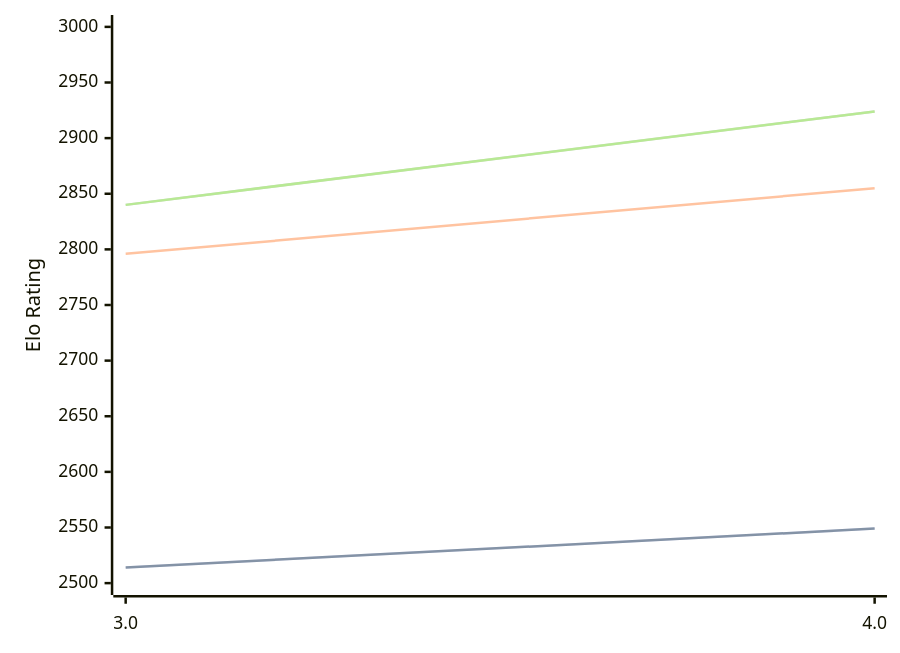
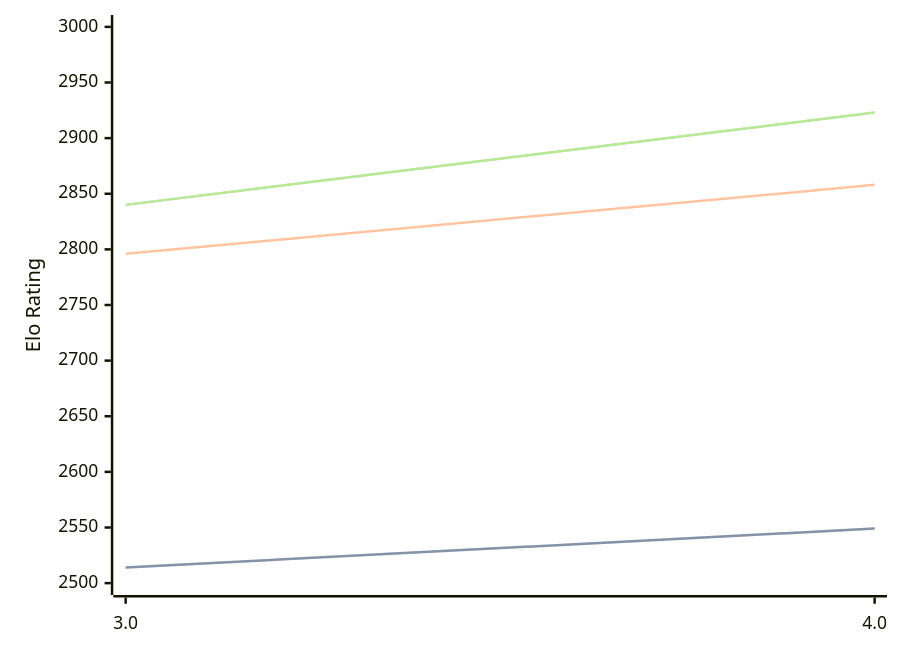
The diagram in engines/Chess3.md (computer-chess-index/cci), drawn with Mermaid before and after one commit. The commit also changed other lines of this file, not shown here.

Commit message:
Update CCI Ratings (ELO VLTC) - 2026-04-21

````diff
--- a/engines/Chess3.md
+++ b/engines/Chess3.md
@@ -34,11 +34,11 @@
 ```mermaid
 %%{init: {"theme":"base","themeVariables":{"seriesColors:['#a3a3a3','#222221','#faa371']}}}%%
 xychart-beta
   x-axis ["3.0", "4.0"]
   y-axis "Elo Rating" 2500 --> 3000
   line "STC (8.0+0.08s)" [2514, 2549]
   line "STC (8.0+0.08s)" [2514, 2549]
-  line "LTC (60.0+0.60s)" [2796, 2855]
-  line "VLTC (2m24s+1.12s)" [2840, 2924]
-  line "VLTC (2m24s+1.12s)" [2840, 2924]
+  line "LTC (60.0+0.60s)" [2796, 2858]
+  line "VLTC (2m24s+1.12s)" [2840, 2923]
+  line "VLTC (2m24s+1.12s)" [2840, 2923]
 ```
````
